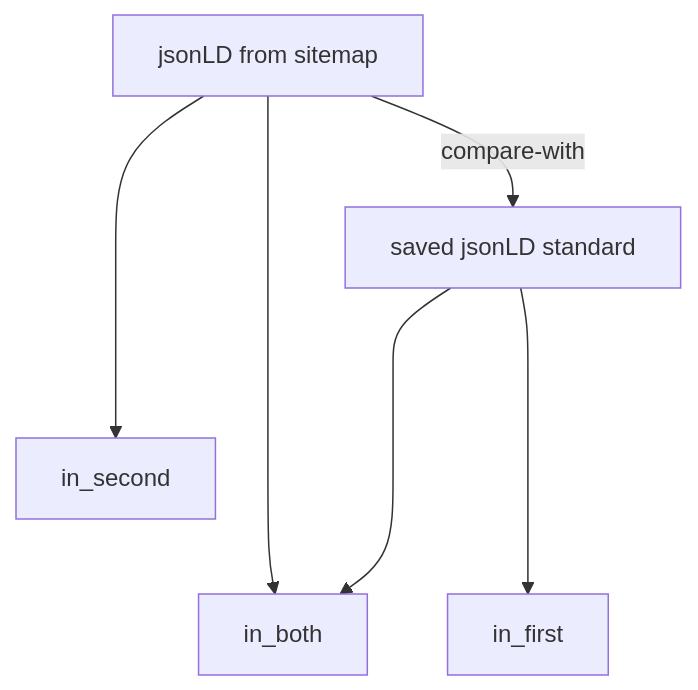
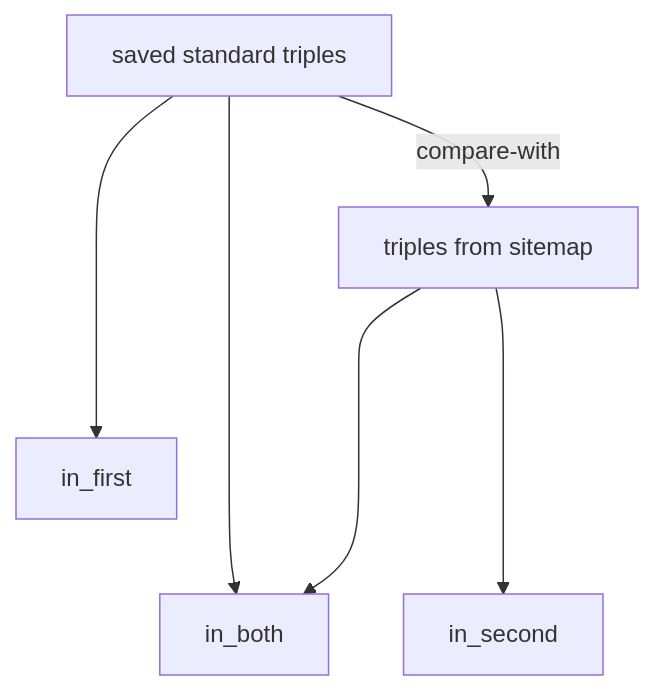
Before and after one commit to MBcode/ec: the fifth of 7 diagrams in test/ingestTesting.md, drawn with Mermaid.

Commit message:
Update ingestTesting.md
diff_nt/cmp done on triples in rdflib

````diff
--- a/test/ingestTesting.md
+++ b/test/ingestTesting.md
@@ -755,8 +755,8 @@
 ```mermaid
 flowchart TD
-J[jsonLD from sitemap] -- compare-with --> L[saved jsonLD standard]; 
+L[saved standard triples] -- compare-with --> J[triples from sitemap]; 
 J ----> B[in_both];
 L ----> B;
 L ----> F[in_first];
 J ----> S[in_second];
 ```
````
